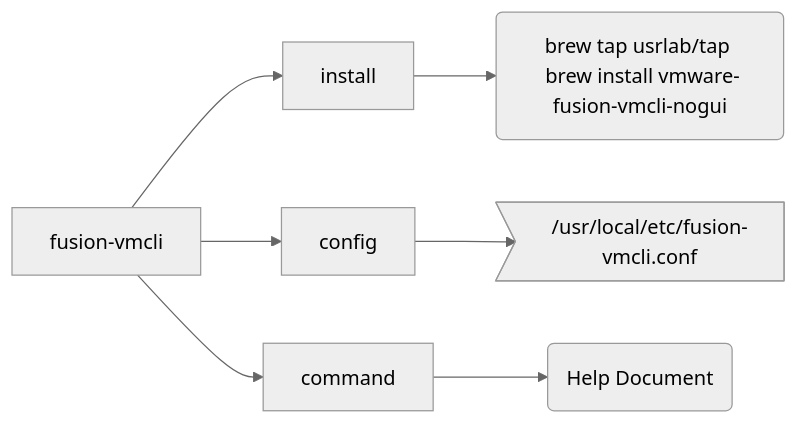
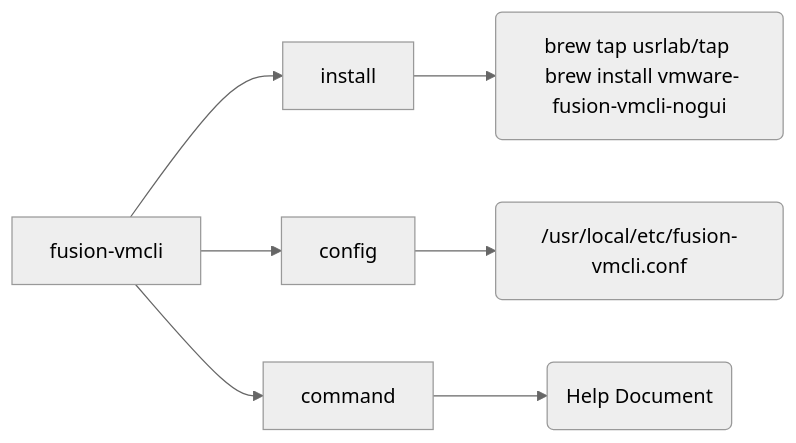
The diagram in README.md (ljq/vmware-fusion-vmcli-nogui), drawn with Mermaid (neutral theme) before and after one commit.

````diff
--- a/README.md
+++ b/README.md
@@ -23,15 +23,15 @@
 ```mermaid
 graph LR
     A[fusion-vmcli] 
     A -->B[install]
     A -->C[config]
     A -->D[command]
 
     B --> B1( brew tap usrlab/tap <br /> brew install vmware-fusion-vmcli-nogui )
 
-    C --> C1> /usr/local/etc/fusion-vmcli.conf ]
+    C --> C1( /usr/local/etc/fusion-vmcli.conf )
 
     D --> D1( Help Document )
 
 
 ```
````
